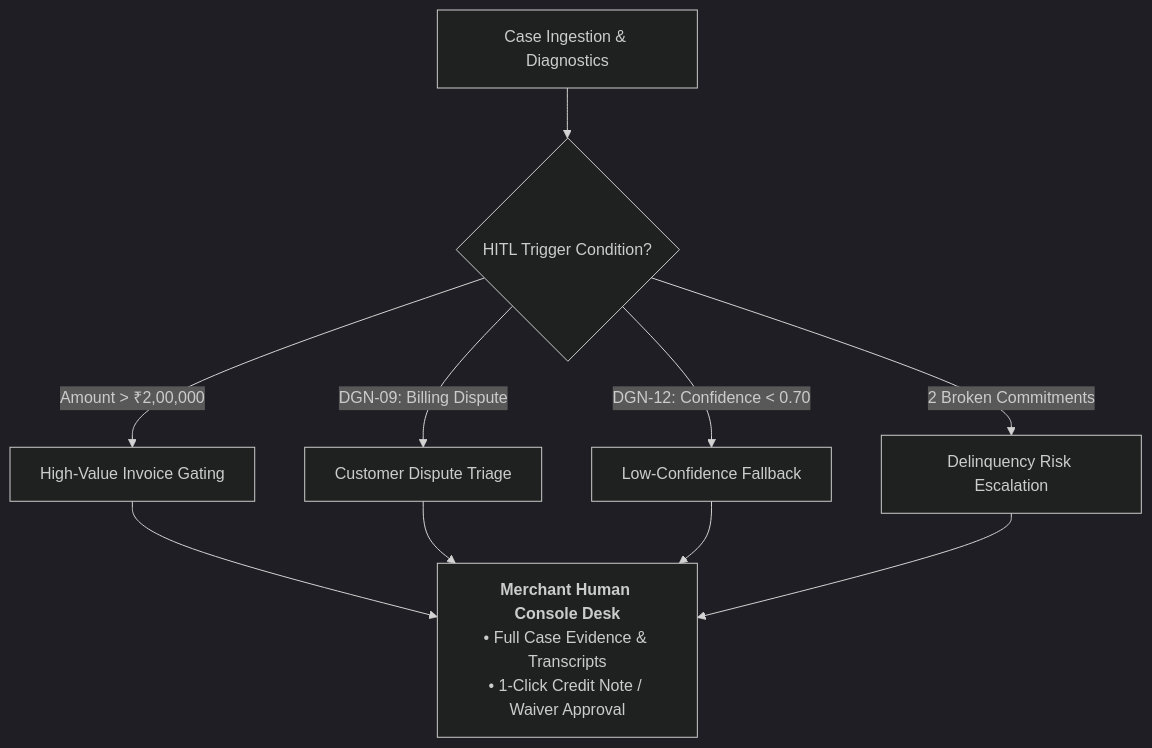
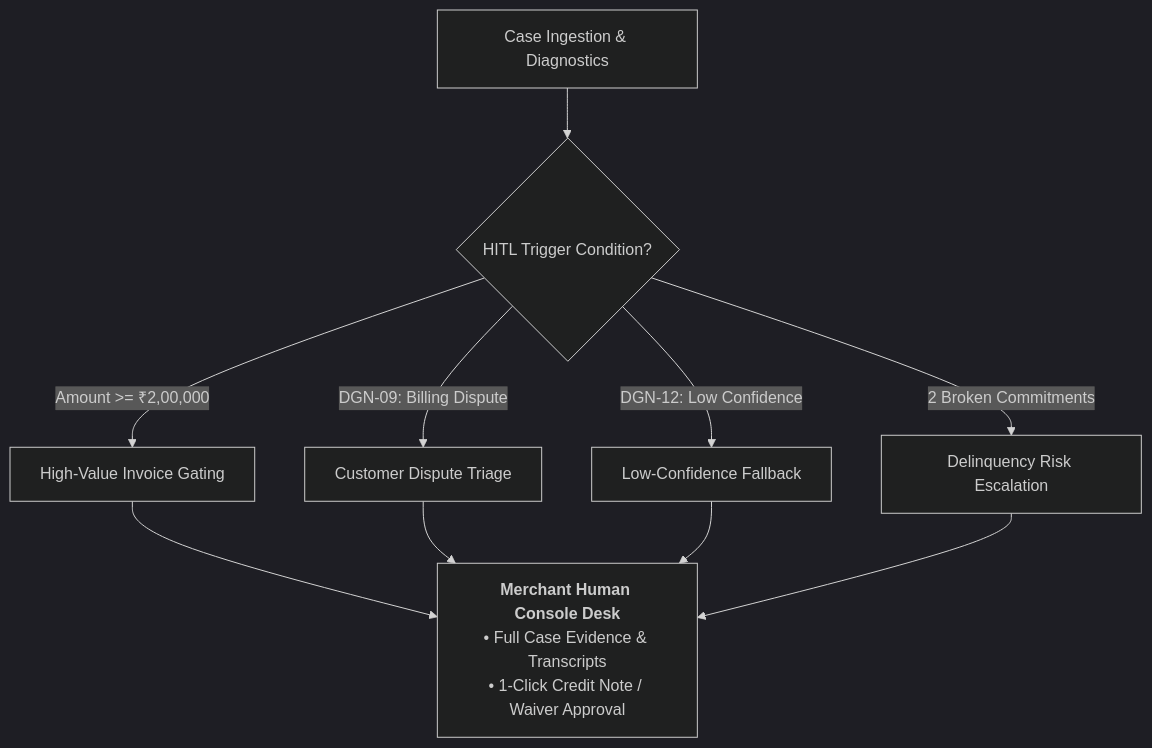
The second of 2 diagrams in docs/Rules.md (Adityaraj1969/Razorpay-Revenue-Recovery), drawn with Mermaid (dark theme) before and after one commit. The commit also changed other lines of this file and 10 other files, not shown here.

Commit message:
fix(docs): restore pure Mermaid architecture diagram and activate all Mermaid charts across docs

````diff
--- a/docs/Rules.md
+++ b/docs/Rules.md
@@ -132,13 +132,13 @@
 ```mermaid
 flowchart TD
-    CASE["Case Ingestion &amp; Diagnostics"] --> TRIGGERS{"HITL Trigger Condition?"}
-    TRIGGERS -->|Amount > ₹2,00,000| HIGH_VAL["High-Value Invoice Gating"]
+    CASE["Case Ingestion & Diagnostics"] --> TRIGGERS{"HITL Trigger Condition?"}
+    TRIGGERS -->|Amount >= ₹2,00,000| HIGH_VAL["High-Value Invoice Gating"]
     TRIGGERS -->|DGN-09: Billing Dispute| DISPUTE["Customer Dispute Triage"]
-    TRIGGERS -->|DGN-12: Confidence < 0.70| LOW_CONF["Low-Confidence Fallback"]
+    TRIGGERS -->|DGN-12: Low Confidence| LOW_CONF["Low-Confidence Fallback"]
     TRIGGERS -->|2 Broken Commitments| DELINQUENT["Delinquency Risk Escalation"]
     
-    HIGH_VAL --> DESK["<b>Merchant Human Console Desk</b><br/>• Full Case Evidence &amp; Transcripts<br/>• 1-Click Credit Note / Waiver Approval"]
+    HIGH_VAL --> DESK["<b>Merchant Human Console Desk</b><br/>• Full Case Evidence & Transcripts<br/>• 1-Click Credit Note / Waiver Approval"]
     DISPUTE --> DESK
     LOW_CONF --> DESK
     DELINQUENT --> DESK
 ```
````
